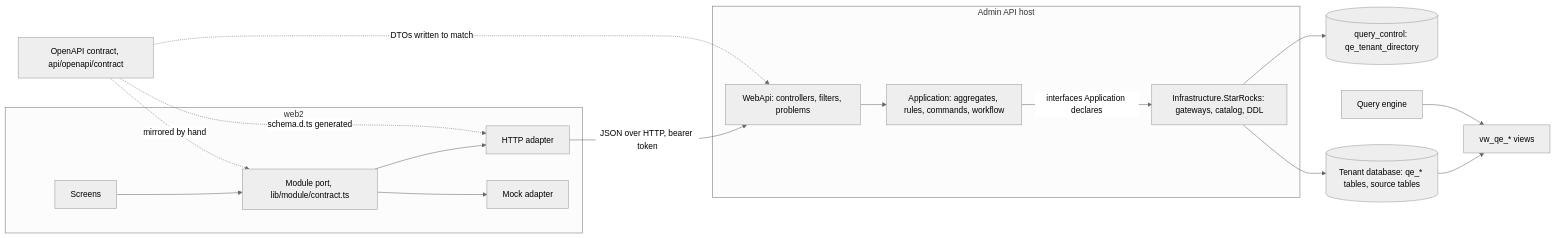
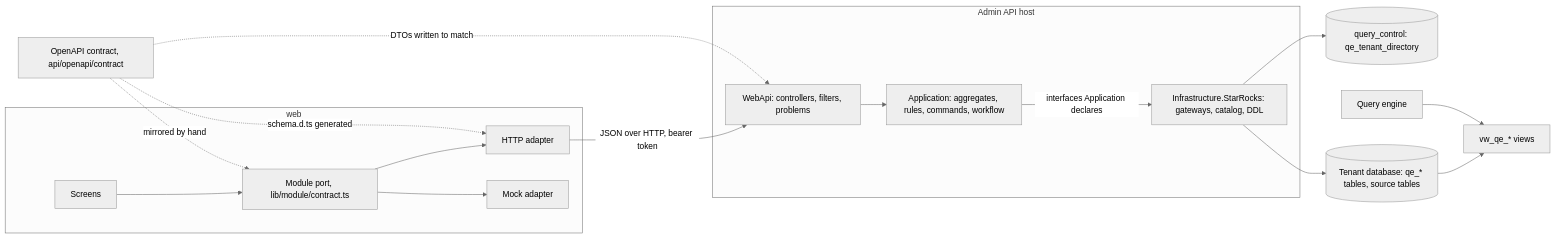
The first of 2 diagrams in api/docs/architecture/01-architecture.md (chrisaliotta/Quantalytix.QueryEngine.Admin), drawn with Mermaid (neutral theme) before and after one commit. The commit also changed other lines of this file and 31 other files, not shown here.

````diff
--- a/api/docs/architecture/01-architecture.md
+++ b/api/docs/architecture/01-architecture.md
@@ -8,24 +8,24 @@
 ```mermaid
 flowchart LR
     Contract["OpenAPI contract, api/openapi/contract"]
-    subgraph Web2 [web2]
+    subgraph Web2 [web]
         Screens --> Port["Module port, lib/module/contract.ts"]
         Port --> Http["HTTP adapter"]
         Port --> Mock["Mock adapter"]
     end
     subgraph Host [Admin API host]
         Api["WebApi: controllers, filters, problems"]
         App["Application: aggregates, rules, commands, workflow"]
         Infra["Infrastructure.StarRocks: gateways, catalog, DDL"]
     end
     Http -->|"JSON over HTTP, bearer token"| Api
     Api --> App
     App -->|"interfaces Application declares"| Infra
     Infra --> Control[("query_control: qe_tenant_directory")]
     Infra --> Tenant[("Tenant database: qe_* tables, source tables")]
     Tenant --> Views["vw_qe_* views"]
     Engine["Query engine"] --> Views
     Contract -. "DTOs written to match" .-> Api
     Contract -. "schema.d.ts generated" .-> Http
     Contract -. "mirrored by hand" .-> Port
 ```
````
